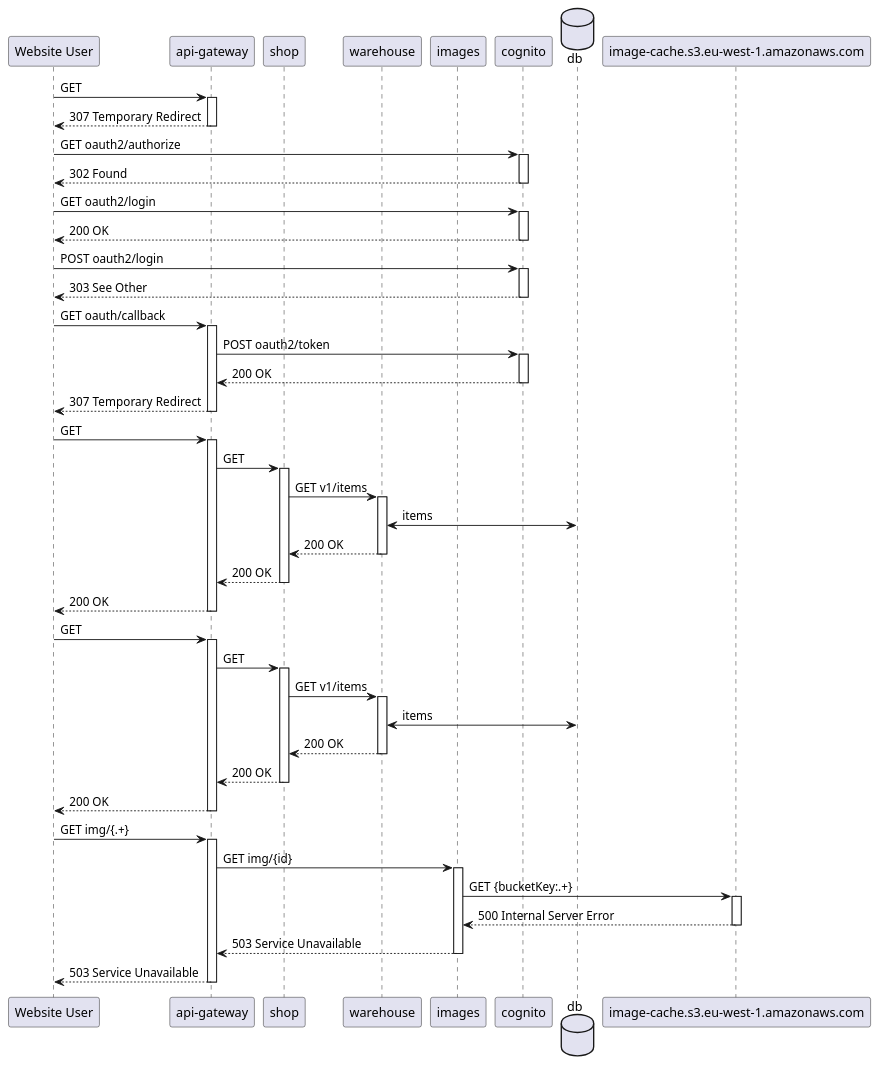
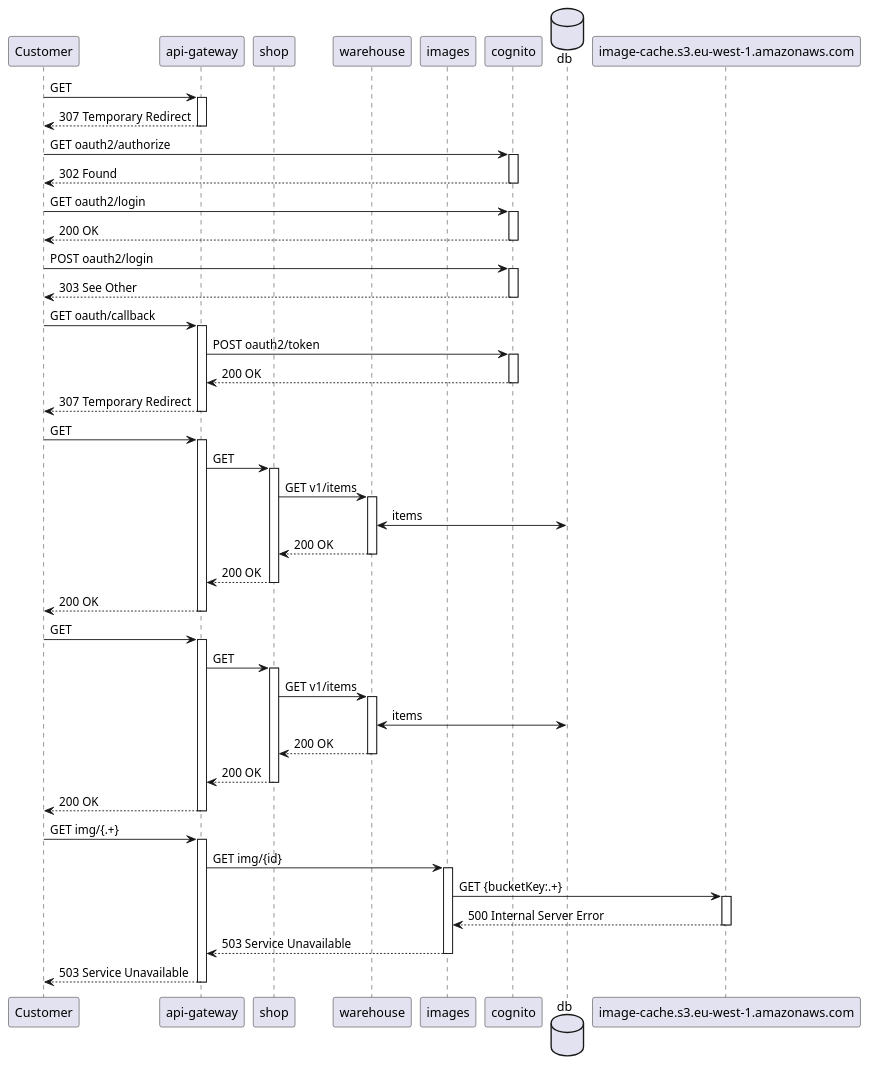
One commit to http4k/exploring-the-testing-hyperpyramid changed the diagram in .presentation/.generated/FailingTest - can load stock list and order item - Sequence.puml. Above: the diagram before and after it, drawn with PlantUML. The commit also changed 2 other files, not shown here.

```diff
--- a/.presentation/.generated/FailingTest - can load stock list and order item - Sequence.puml
+++ b/.presentation/.generated/FailingTest - can load stock list and order item - Sequence.puml
@@ -1,78 +1,78 @@
 @startuml
-participant "Website User"
+participant "Customer"
 participant "api-gateway"
 participant "shop"
 participant "warehouse"
 participant "images"
 participant "cognito"
 database "db"
 participant "image-cache.s3.eu-west-1.amazonaws.com"
-"Website User" -> "api-gateway": GET 
+"Customer" -> "api-gateway": GET
 activate "api-gateway"
 
-"api-gateway" --> "Website User": 307 Temporary Redirect
+"api-gateway" --> "Customer": 307 Temporary Redirect
 deactivate "api-gateway"
-"Website User" -> "cognito": GET oauth2/authorize
+"Customer" -> "cognito": GET oauth2/authorize
 activate "cognito"
 
-"cognito" --> "Website User": 302 Found
+"cognito" --> "Customer": 302 Found
 deactivate "cognito"
-"Website User" -> "cognito": GET oauth2/login
+"Customer" -> "cognito": GET oauth2/login
 activate "cognito"
 
-"cognito" --> "Website User": 200 OK
+"cognito" --> "Customer": 200 OK
 deactivate "cognito"
-"Website User" -> "cognito": POST oauth2/login
+"Customer" -> "cognito": POST oauth2/login
 activate "cognito"
 
-"cognito" --> "Website User": 303 See Other
+"cognito" --> "Customer": 303 See Other
 deactivate "cognito"
-"Website User" -> "api-gateway": GET oauth/callback
+"Customer" -> "api-gateway": GET oauth/callback
 activate "api-gateway"
 "api-gateway" -> "cognito": POST oauth2/token
 activate "cognito"
 
 "cognito" --> "api-gateway": 200 OK
 deactivate "cognito"
-"api-gateway" --> "Website User": 307 Temporary Redirect
+"api-gateway" --> "Customer": 307 Temporary Redirect
 deactivate "api-gateway"
-"Website User" -> "api-gateway": GET 
+"Customer" -> "api-gateway": GET
 activate "api-gateway"
 "api-gateway" -> "shop": GET 
 activate "shop"
 "shop" -> "warehouse": GET v1/items
 activate "warehouse"
 "warehouse" <-> "db": items
 "warehouse" --> "shop": 200 OK
 deactivate "warehouse"
 "shop" --> "api-gateway": 200 OK
 deactivate "shop"
-"api-gateway" --> "Website User": 200 OK
+"api-gateway" --> "Customer": 200 OK
 deactivate "api-gateway"
-"Website User" -> "api-gateway": GET 
+"Customer" -> "api-gateway": GET
 activate "api-gateway"
 "api-gateway" -> "shop": GET 
 activate "shop"
 "shop" -> "warehouse": GET v1/items
 activate "warehouse"
 "warehouse" <-> "db": items
 "warehouse" --> "shop": 200 OK
 deactivate "warehouse"
 "shop" --> "api-gateway": 200 OK
 deactivate "shop"
-"api-gateway" --> "Website User": 200 OK
+"api-gateway" --> "Customer": 200 OK
 deactivate "api-gateway"
-"Website User" -> "api-gateway": GET img/{.+}
+"Customer" -> "api-gateway": GET img/{.+}
 activate "api-gateway"
 "api-gateway" -> "images": GET img/{id}
 activate "images"
 "images" -> "image-cache.s3.eu-west-1.amazonaws.com": GET {bucketKey:.+}
 activate "image-cache.s3.eu-west-1.amazonaws.com"
 
 "image-cache.s3.eu-west-1.amazonaws.com" --> "images": 500 Internal Server Error
 deactivate "image-cache.s3.eu-west-1.amazonaws.com"
 "images" --> "api-gateway": 503 Service Unavailable
 deactivate "images"
-"api-gateway" --> "Website User": 503 Service Unavailable
+"api-gateway" --> "Customer": 503 Service Unavailable
 deactivate "api-gateway"
 @enduml
```
